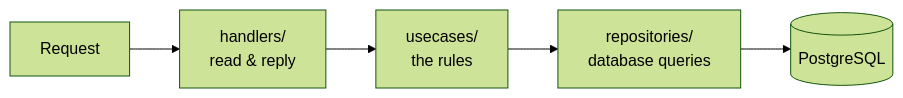
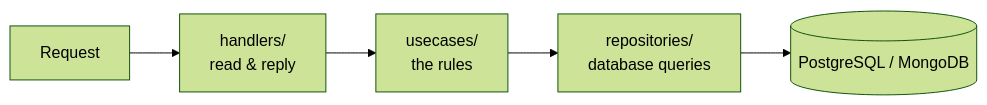
Before and after one commit to moomaideng/eventory: the first of 2 diagrams in backend/README.md, drawn with Mermaid (forest theme). The commit also changed other lines of this file and 4 other files, not shown here.

````diff
--- a/backend/README.md
+++ b/backend/README.md
@@ -50,7 +52,7 @@
 ```mermaid
 flowchart LR
     R["Request"] --> H["handlers/<br/>read & reply"]
     H --> U["usecases/<br/>the rules"]
     U --> Rep["repositories/<br/>database queries"]
-    Rep --> DB[("PostgreSQL")]
+    Rep --> DB[("PostgreSQL / MongoDB")]
 ```
````
